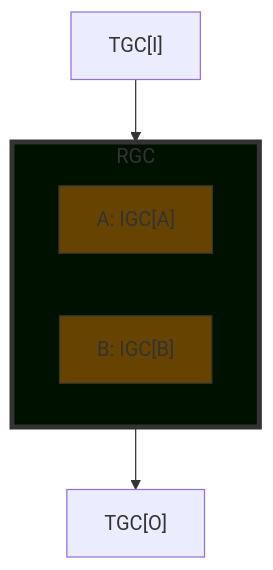
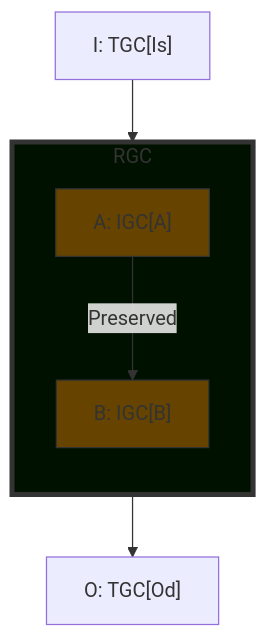
The third of 6 diagrams in egppy/egppy/physics/docs/insertion.md (Shapedsundew9/erasmus-gp), drawn with Mermaid before and after one commit. The commit also changed other lines of this file and 18 other files, not shown here.

First line of the commit message:
WIP: Refactor genetic code connection graph and insertion logic

````diff
--- a/egppy/egppy/physics/docs/insertion.md
+++ b/egppy/egppy/physics/docs/insertion.md
@@ -109,21 +103,22 @@
 ```mermaid
 %% Insertion Case 2: Wrap
 flowchart TB
-    I["TGC[I]"]
+    I["I: TGC[Is]"]
     subgraph RGC
-        direction RL
+        direction TB
         GCA["A: IGC[A]"]
         GCB["B: IGC[B]"]
     end
-    O["TGC[O]"]
+    O["O: TGC[Od]"]
     I --> RGC --> O
+    GCA --Preserved--> GCB
 
 classDef newGC fill:#010,stroke:#333,stroke-width:4px
 classDef newRow fill:#010,stroke:#333,stroke-width:1px
 classDef modified fill:#640,stroke:#333,stroke-width:1px
 classDef unchanged fill:#000,stroke:#333,stroke-width:1px
 
 class RGC newGC
 class GCA modified
 class GCB modified
 ```
````
